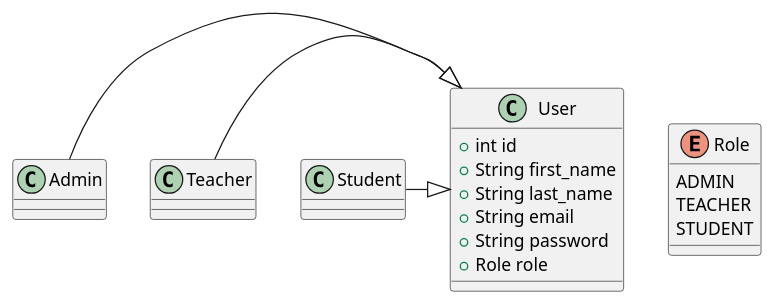
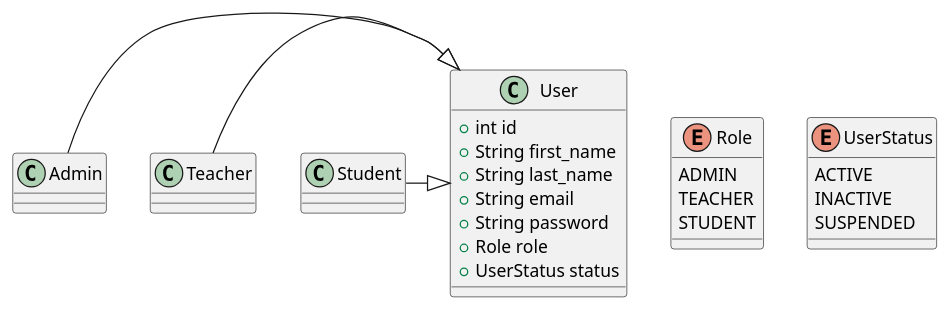
The diagram in src/puml/user-management.puml (Montassar-T/Projet-JAVA-ESPRIT), drawn with PlantUML before and after one commit.

Commit message:
update class diagram

```diff
--- a/src/puml/user-management.puml
+++ b/src/puml/user-management.puml
@@ -1,26 +1,33 @@
 @startuml
 
 enum Role {
     ADMIN
     TEACHER
     STUDENT
+}
+
+enum UserStatus {
+     ACTIVE
+     INACTIVE
+     SUSPENDED
 }
 
 class User {
     +int id
     +String first_name
     +String last_name
     +String email
     +String password
     +Role role
+    +UserStatus status
 }
 
 class Admin
 class Teacher
 class Student
 
 Admin -|> User
 Teacher -|> User
 Student -|> User
 
 @enduml
```
